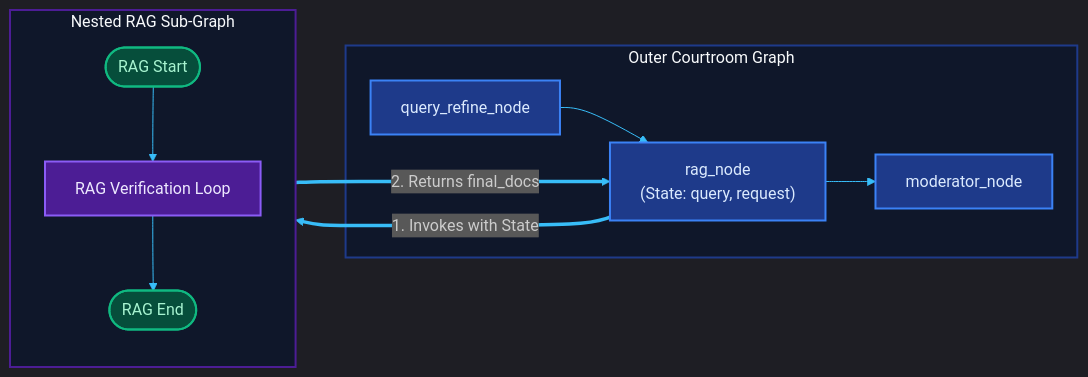
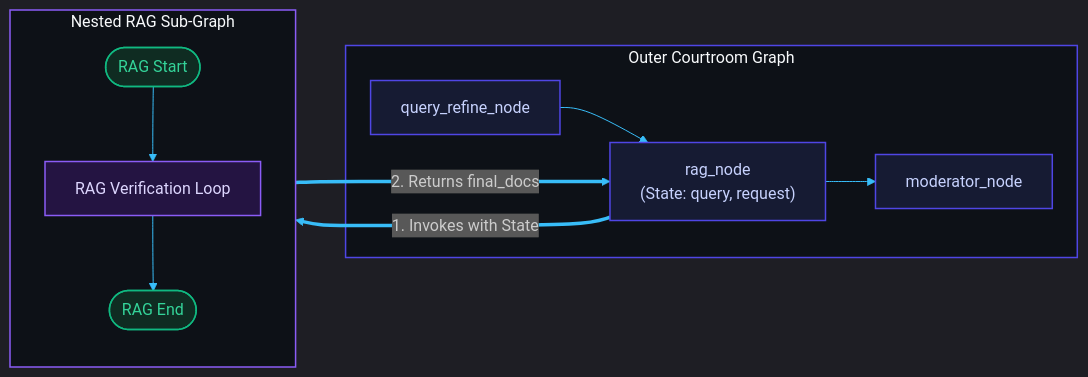
Before and after one commit to Somay-kousis/RabbitHole: the third of 4 diagrams in README.md, drawn with Mermaid. The commit also changed other lines of this file and 179 other files, not shown here.

````diff
--- a/README.md
+++ b/README.md
@@ -210,39 +210,39 @@
 ```mermaid
 %%{init: {
   'theme': 'dark',
   'themeVariables': {
     'background': '#0b0f19',
     'primaryColor': '#1e293b',
     'primaryTextColor': '#f8fafc',
     'lineColor': '#38bdf8',
     'nodeBorder': '#334155',
     'tertiaryColor': '#0f172a'
   }
 }}%%
 flowchart LR
     subgraph Courtroom ["Outer Courtroom Graph"]
         QRefine[query_refine_node]
         RAGNode["rag_node<br/>(State: query, request)"]
         Moderator[moderator_node]
         QRefine --> RAGNode --> Moderator
     end
     
     subgraph RAGSub ["Nested RAG Sub-Graph"]
         direction TB
         RStart([RAG Start]) --> RAG_Pipeline[RAG Verification Loop] --> REnd([RAG End])
     end
     
     RAGNode ===>|1. Invokes with State| RStart
     REnd ===>|2. Returns final_docs| RAGNode
 
-    style Courtroom fill:#0f172a,stroke:#1e3a8a,stroke-width:2px,color:#f8fafc;
-    style RAGSub fill:#0f172a,stroke:#4c1d95,stroke-width:2px,color:#f8fafc;
+    style Courtroom fill:#0d1117,stroke:#4f46e5,stroke-width:1.5px,color:#f8fafc;
+    style RAGSub fill:#0d1117,stroke:#8b5cf6,stroke-width:1.5px,color:#f8fafc;
 
-    classDef outerNode fill:#1e3a8a,stroke:#3b82f6,stroke-width:2px,color:#dbeafe;
-    classDef innerNode fill:#4c1d95,stroke:#8b5cf6,stroke-width:2px,color:#ede9fe;
-    classDef startEnd fill:#064e3b,stroke:#10b981,stroke-width:2px,color:#a7f3d0;
+    classDef outerNode fill:#161b33,stroke:#4f46e5,stroke-width:1.5px,color:#c7d2fe;
+    classDef innerNode fill:#241442,stroke:#8b5cf6,stroke-width:1.5px,color:#ddd6fe;
+    classDef startEnd fill:#0f2c22,stroke:#10b981,stroke-width:1.5px,color:#34d399;
 
     class QRefine,RAGNode,Moderator outerNode;
     class RStart,REnd startEnd;
     class RAG_Pipeline innerNode;
 ```
````
